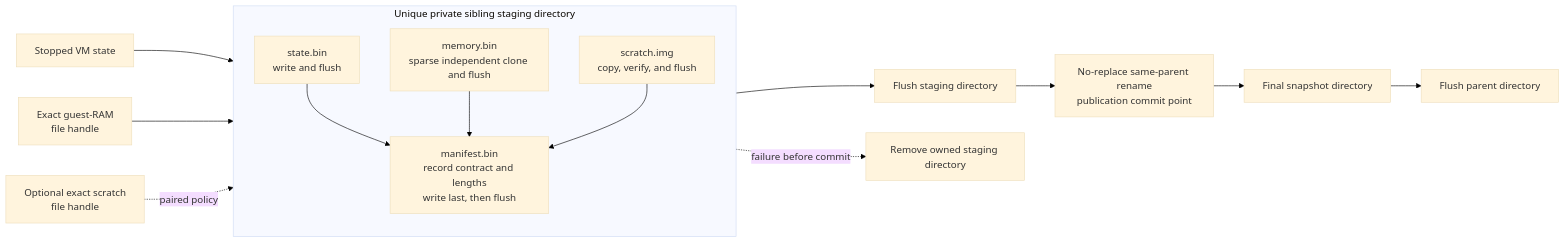
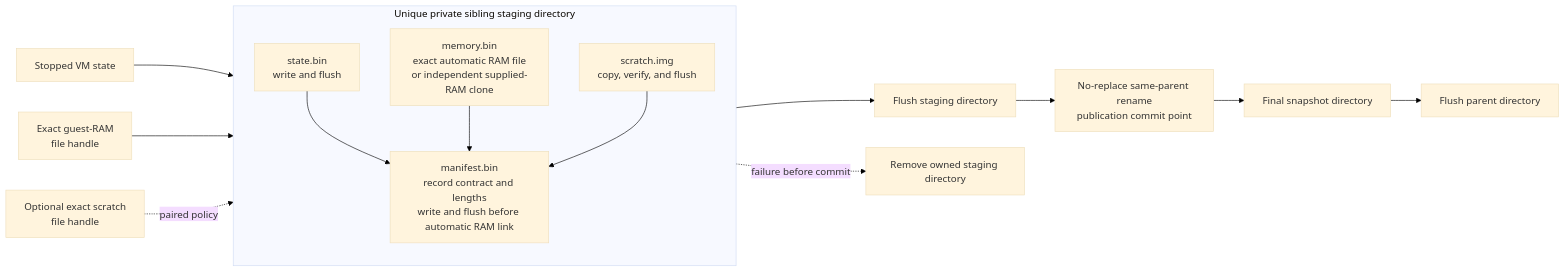
The sixth of 7 diagrams in doc/design.md (microsoft/nvx), drawn with Mermaid before and after one commit. The commit also changed other lines of this file, not shown here.

Commit message:
build: pin OpenVMM exact-file snapshot publication

````diff
--- a/doc/design.md
+++ b/doc/design.md
@@ -533,27 +533,27 @@
 ```mermaid
 %%{init: {"theme": "base", "themeVariables": {"background": "#ffffff"}}}%%
 flowchart LR
    State["Stopped VM state"]
    Ram["Exact guest-RAM<br/>file handle"]
    Scratch["Optional exact scratch<br/>file handle"]
 
    subgraph Staging["Unique private sibling staging directory"]
       direction TB
       StateFile["state.bin<br/>write and flush"]
-      MemoryFile["memory.bin<br/>sparse independent clone and flush"]
+      MemoryFile["memory.bin<br/>exact automatic RAM file<br/>or independent supplied-RAM clone"]
       ScratchFile["scratch.img<br/>copy, verify, and flush"]
-      ManifestFile["manifest.bin<br/>record contract and lengths<br/>write last, then flush"]
+      ManifestFile["manifest.bin<br/>record contract and lengths<br/>write and flush before automatic RAM link"]
    end
 
    SyncStaging["Flush staging directory"]
    Rename["No-replace same-parent rename<br/>publication commit point"]
    Final["Final snapshot directory"]
    SyncParent["Flush parent directory"]
    Cleanup["Remove owned staging directory"]
 
    State --> StateFile --> ManifestFile
    Ram --> MemoryFile --> ManifestFile
    Scratch -. paired policy .-> ScratchFile --> ManifestFile
    ManifestFile --> SyncStaging --> Rename --> Final --> SyncParent
    Staging -. failure before commit .-> Cleanup
 ```
````
